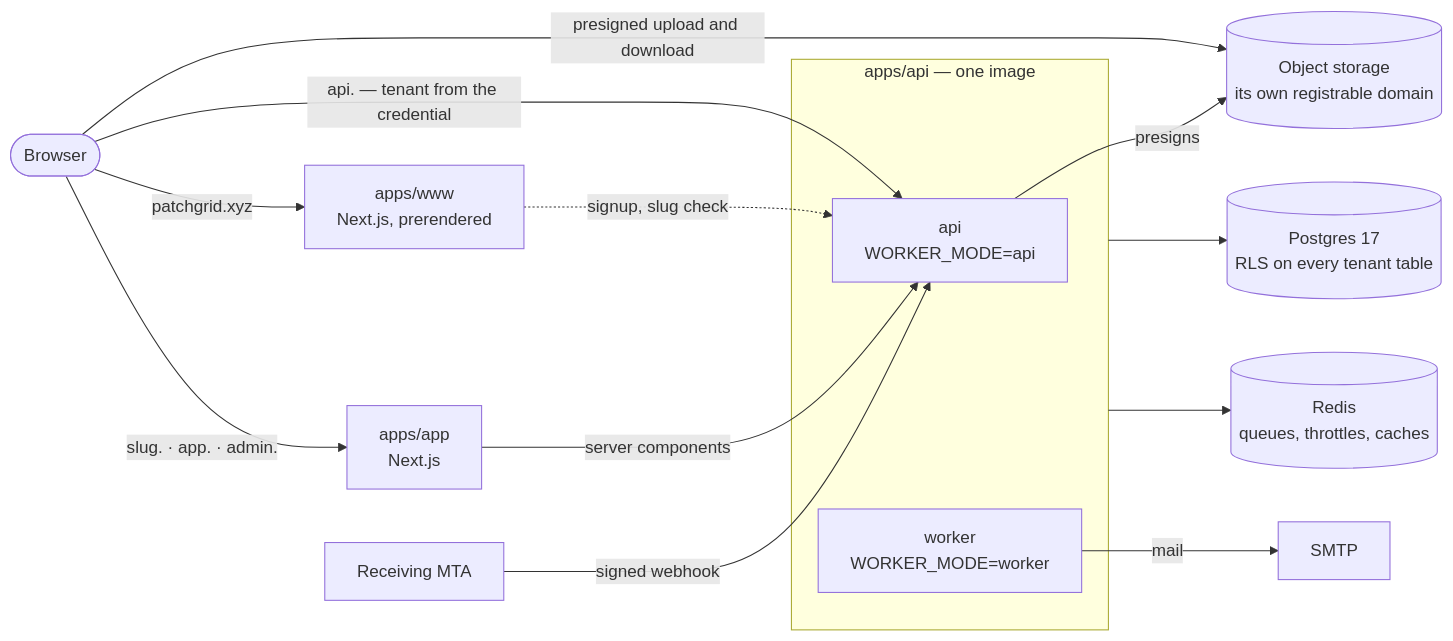
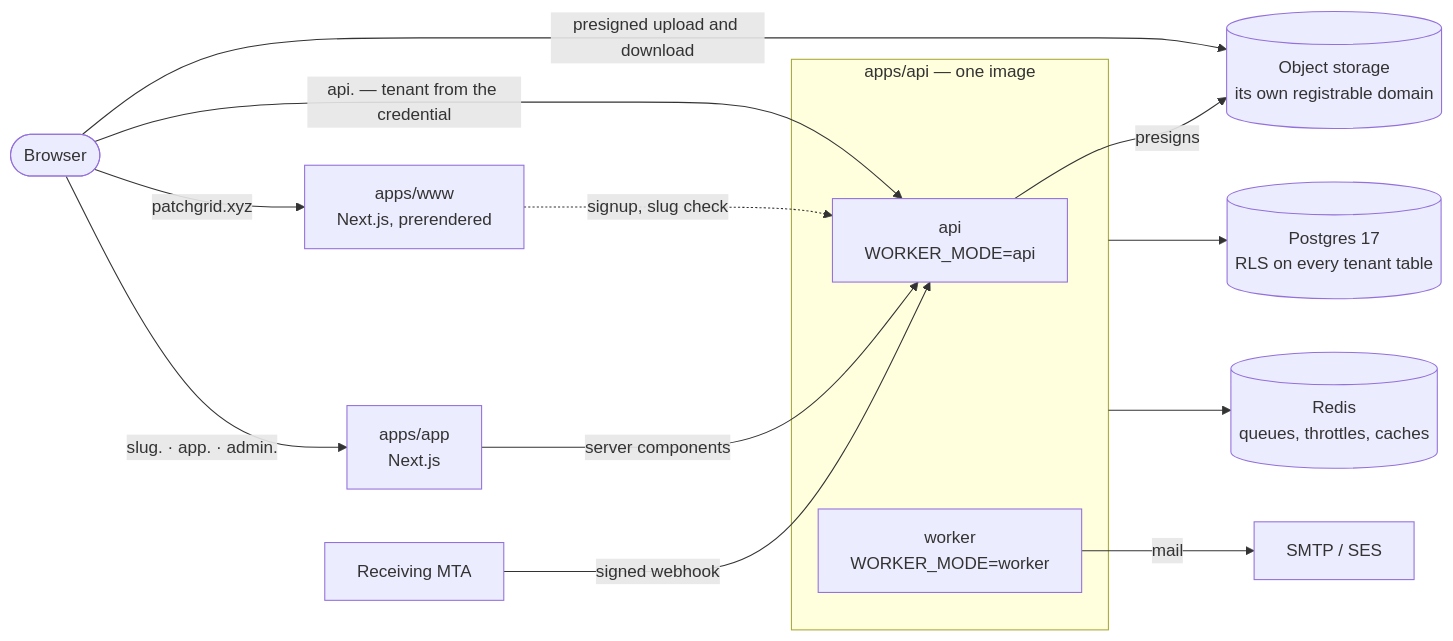
Before and after one commit to KhaledSaeed18/patchgrid: the diagram in README.md, drawn with Mermaid. The commit also changed other lines of this file, not shown here.

````diff
--- a/README.md
+++ b/README.md
@@ -24,27 +169,27 @@
 ```mermaid
 flowchart LR
   browser([Browser])
   mta[Receiving MTA]
   www["apps/www<br/>Next.js, prerendered"]
   app["apps/app<br/>Next.js"]
   subgraph backend ["apps/api — one image"]
     api["api<br/>WORKER_MODE=api"]
     worker["worker<br/>WORKER_MODE=worker"]
   end
   pg[("Postgres 17<br/>RLS on every tenant table")]
   redis[("Redis<br/>queues, throttles, caches")]
   s3[("Object storage<br/>its own registrable domain")]
-  smtp[SMTP]
+  smtp[SMTP / SES]
 
   browser -->|patchgrid.xyz| www
   browser -->|"slug. · app. · admin."| app
   browser -->|"api. — tenant from the credential"| api
   browser -->|presigned upload and download| s3
   www -.->|signup, slug check| api
   app -->|server components| api
   mta -->|signed webhook| api
   backend --> pg
   backend --> redis
   api -->|presigns| s3
   worker -->|mail| smtp
 ```
````
